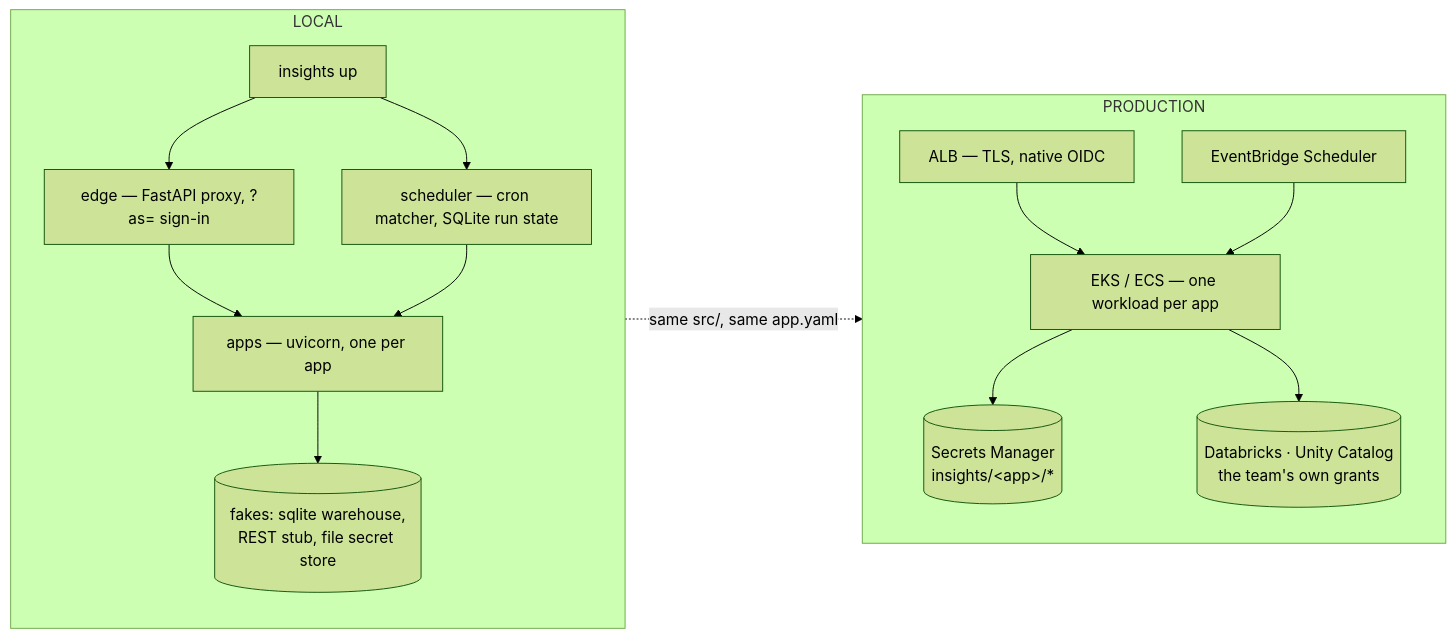
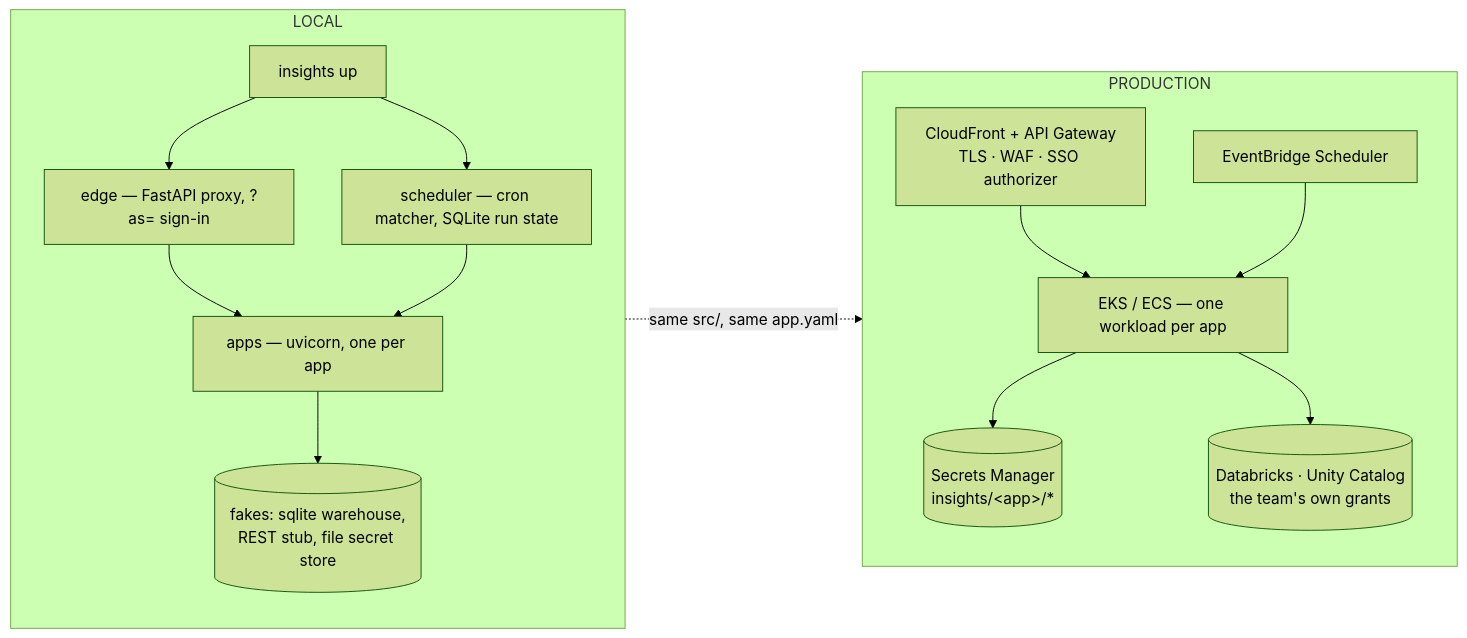
Before and after one commit to KRISHNABR/insights-platform: the third of 3 diagrams in docs/ARCHITECTURE.md, drawn with Mermaid (forest theme). The commit also changed other lines of this file and 8 other files, not shown here.

````diff
--- a/docs/ARCHITECTURE.md
+++ b/docs/ARCHITECTURE.md
@@ -461,27 +461,27 @@
 ```mermaid
 flowchart LR
   subgraph L["LOCAL"]
     direction TB
     L1["insights up"]
     L2["edge — FastAPI proxy, ?as= sign-in"]
     L3["apps — uvicorn, one per app"]
     L4["scheduler — cron matcher, SQLite run state"]
     L5[("fakes: sqlite warehouse,<br/>REST stub, file secret store")]
     L1 --> L2 --> L3 --> L5
     L1 --> L4 --> L3
   end
 
   subgraph P["PRODUCTION"]
     direction TB
-    P1["ALB — TLS, native OIDC"]
+    P1["CloudFront + API Gateway<br/>TLS · WAF · SSO authorizer"]
     P2["EKS / ECS — one workload per app"]
     P3["EventBridge Scheduler"]
     P4[("Secrets Manager<br/>insights/&lt;app&gt;/*")]
     P5[("Databricks · Unity Catalog<br/>the team's own grants")]
     P1 --> P2 --> P4
     P2 --> P5
     P3 --> P2
   end
 
   L -.->|"same src/, same app.yaml"| P
 ```
````
